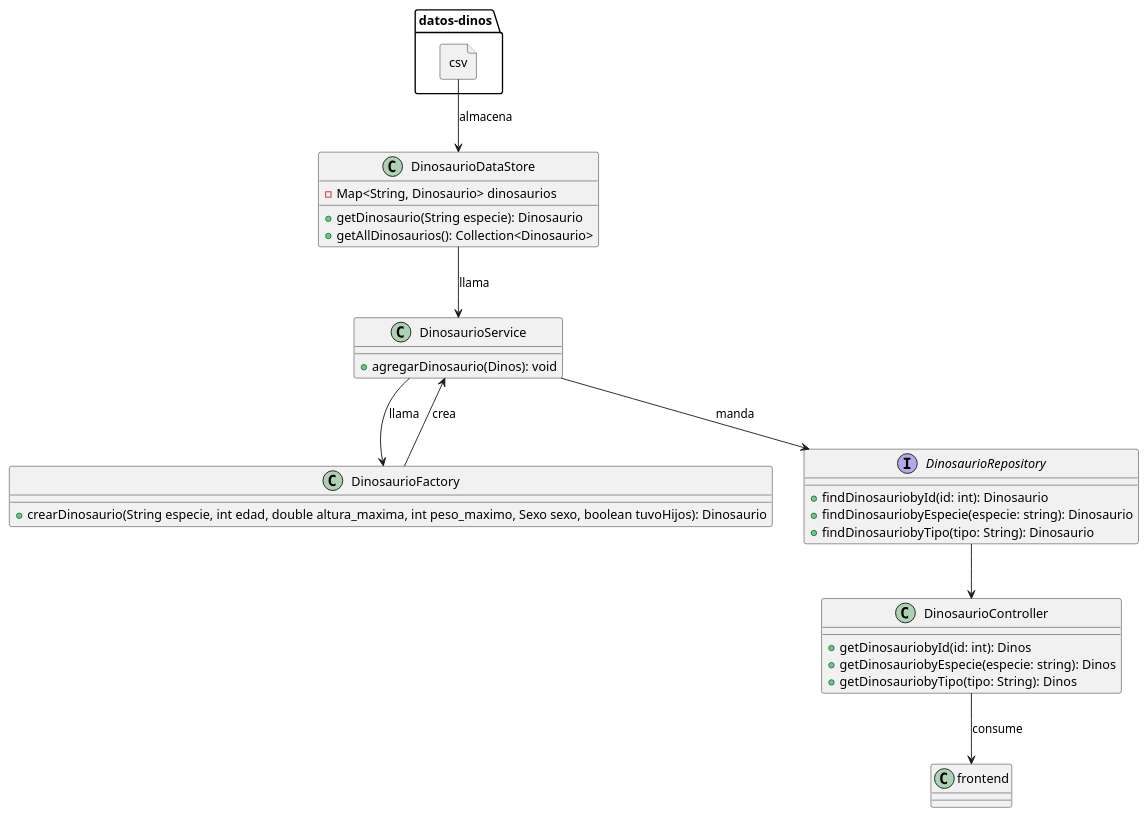
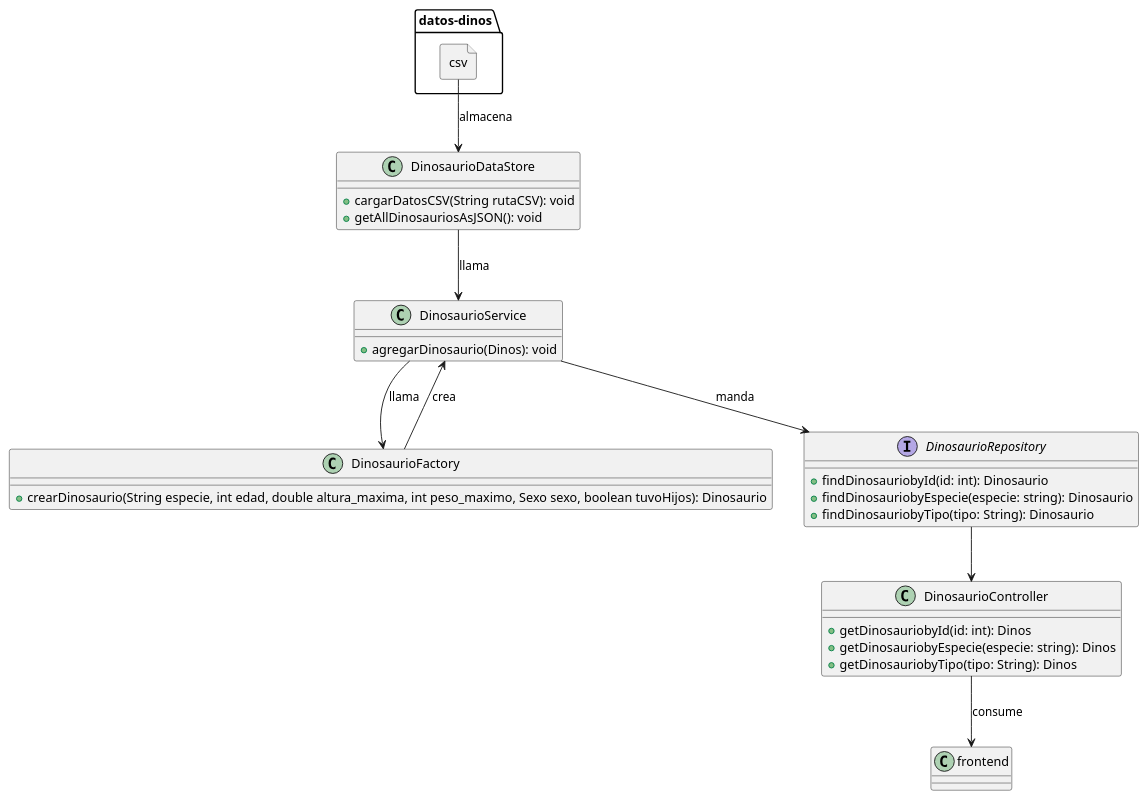
The diagram in uml/ReproClases.puml (sssdark302/JurassicPark), drawn with PlantUML before and after one commit. The commit also changed 7 other files, not shown here.

```diff
--- a/uml/ReproClases.puml
+++ b/uml/ReproClases.puml
@@ -1,40 +1,39 @@
 @startuml
 
 class DinosaurioDataStore {
-    -Map<String, Dinosaurio> dinosaurios
-    +getDinosaurio(String especie): Dinosaurio
-    +getAllDinosaurios(): Collection<Dinosaurio>
+    +cargarDatosCSV(String rutaCSV): void
+    +getAllDinosauriosAsJSON(): void
 }
 
 class DinosaurioService{
     +agregarDinosaurio(Dinos): void
 }
 
 class DinosaurioFactory{
     +crearDinosaurio(String especie, int edad, double altura_maxima, int peso_maximo, Sexo sexo, boolean tuvoHijos): Dinosaurio
 }
 
 file datos-dinos.csv{
 }
 interface DinosaurioRepository{
     +findDinosauriobyId(id: int): Dinosaurio
     +findDinosauriobyEspecie(especie: string): Dinosaurio
     +findDinosauriobyTipo(tipo: String): Dinosaurio
 }
 class DinosaurioController{
     +getDinosauriobyId(id: int): Dinos
     +getDinosauriobyEspecie(especie: string): Dinos
     +getDinosauriobyTipo(tipo: String): Dinos
 }
 class frontend{
 }
 
 csv -->  DinosaurioDataStore : almacena
 DinosaurioDataStore --> DinosaurioService : llama
 DinosaurioService --> DinosaurioFactory : llama
 DinosaurioService <-- DinosaurioFactory : crea
 DinosaurioController --> frontend : consume
 DinosaurioService --> DinosaurioRepository : manda
 DinosaurioRepository --> DinosaurioController
 
 @enduml
```
